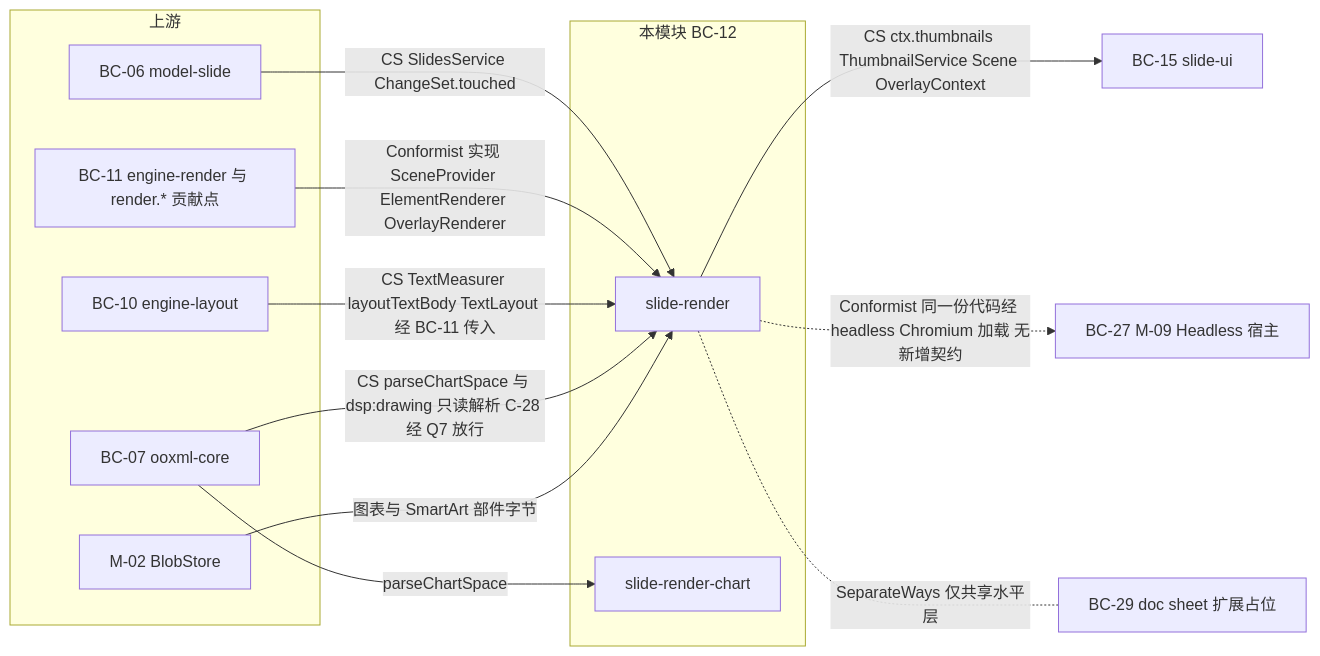
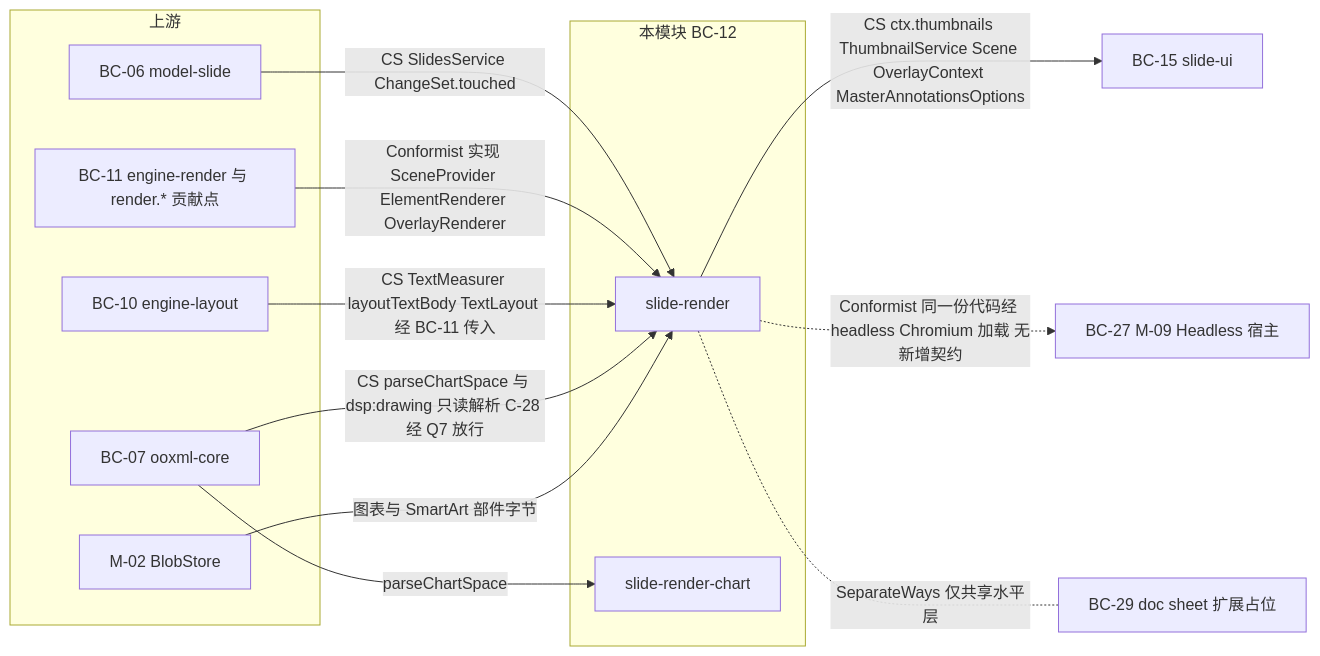
The second of 12 diagrams in docs/40-modules/07-slide-rendering.md (Xeonice/cordis-ppt-editor), drawn with Mermaid before and after one commit. The commit also changed other lines of this file and 43 other files, not shown here.

````diff
--- a/docs/40-modules/07-slide-rendering.md
+++ b/docs/40-modules/07-slide-rendering.md
@@ -110,26 +111,26 @@
 ```mermaid
 flowchart LR
 subgraph up["上游"]
 bc06["BC-06 model-slide"]
 bc11["BC-11 engine-render 与 render.* 贡献点"]
 bc10["BC-10 engine-layout"]
 bc07["BC-07 ooxml-core"]
 blob["M-02 BlobStore"]
 end
 subgraph mod["本模块 BC-12"]
 sr["slide-render"]
 src["slide-render-chart"]
 end
 bc15["BC-15 slide-ui"]
 bc27["BC-27 M-09 Headless 宿主"]
 bc29["BC-29 doc sheet 扩展占位"]
 bc06 -- "CS SlidesService ChangeSet.touched" --> sr
 bc11 -- "Conformist 实现 SceneProvider ElementRenderer OverlayRenderer" --> sr
 bc10 -- "CS TextMeasurer layoutTextBody TextLayout 经 BC-11 传入" --> sr
 bc07 -- "CS parseChartSpace 与 dsp:drawing 只读解析 C-28 经 Q7 放行" --> sr
 bc07 -- "parseChartSpace" --> src
 blob -- "图表与 SmartArt 部件字节" --> sr
-sr -- "CS ctx.thumbnails ThumbnailService Scene OverlayContext" --> bc15
+sr -- "CS ctx.thumbnails ThumbnailService Scene OverlayContext MasterAnnotationsOptions" --> bc15
 sr -. "Conformist 同一份代码经 headless Chromium 加载 无新增契约" .-> bc27
 sr -. "SeparateWays 仅共享水平层" .- bc29
 ```
````
